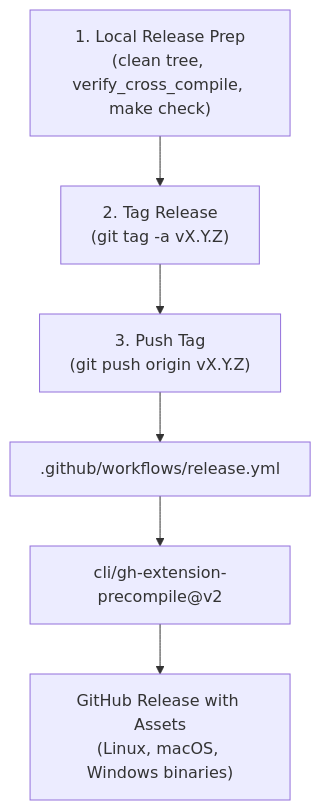
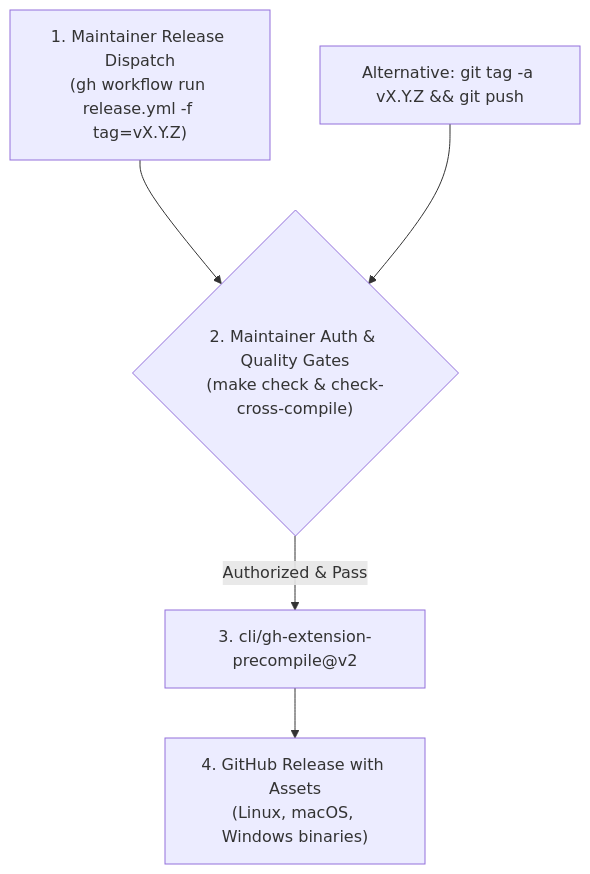
Before and after one commit to bradtaniguchi/gh-pr-pro: the diagram in .agents/skills/release-prep/SKILL.md, drawn with Mermaid. The commit also changed other lines of this file and 3 other files, not shown here.

Commit message:
ci: automate release workflow via workflow_dispatch with maintainer authorization

````diff
--- a/.agents/skills/release-prep/SKILL.md
+++ b/.agents/skills/release-prep/SKILL.md
@@ -24,8 +24,8 @@
 ```mermaid
 graph TD
-    A["1. Local Release Prep<br/>(clean tree, verify_cross_compile, make check)"] --> B["2. Tag Release<br/>(git tag -a vX.Y.Z)"]
-    B --> C["3. Push Tag<br/>(git push origin vX.Y.Z)"]
-    C --> D[".github/workflows/release.yml"]
-    D --> E["cli/gh-extension-precompile@v2"]
-    E --> F["GitHub Release with Assets<br/>(Linux, macOS, Windows binaries)"]
+    A["1. Maintainer Release Dispatch<br/>(gh workflow run release.yml -f tag=vX.Y.Z)"] --> B{"2. Maintainer Auth & Quality Gates<br/>(make check & check-cross-compile)"}
+    B -- Authorized & Pass --> C["3. cli/gh-extension-precompile@v2"]
+    C --> D["4. GitHub Release with Assets<br/>(Linux, macOS, Windows binaries)"]
+    
+    E["Alternative: git tag -a vX.Y.Z && git push"] --> B
 ```
````
